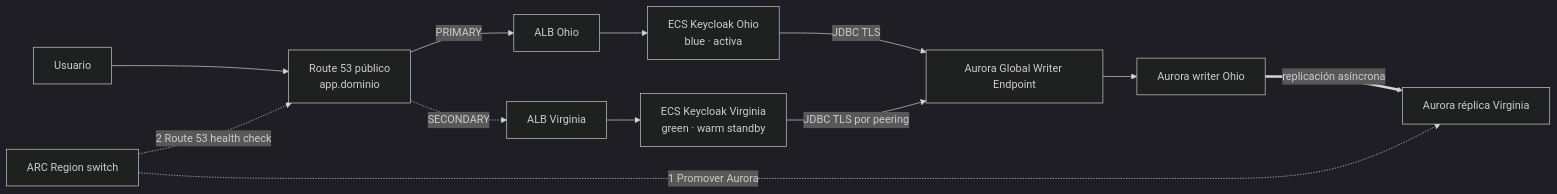
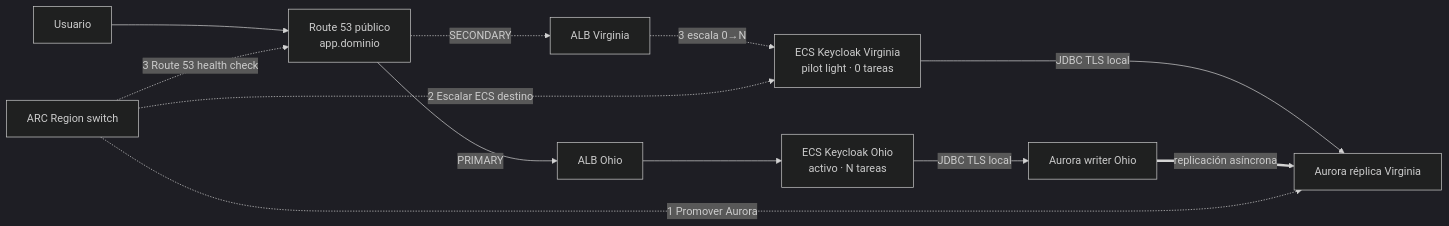
The diagram in docs/architecture.md (gocloudLa/lab-aws-dr-architecture), drawn with Mermaid (dark theme) before and after one commit. The commit also changed other lines of this file and 11 other files, not shown here.

Commit message:
feat: orchestrate pilot-light DR with Terragrunt layers

````diff
--- a/docs/architecture.md
+++ b/docs/architecture.md
@@ -5,14 +5,14 @@
 ```mermaid
 flowchart LR
   U[Usuario] --> D["Route 53 público<br/>app.dominio"]
   D -->|PRIMARY| A2[ALB Ohio]
   D -. SECONDARY .-> A1[ALB Virginia]
-  A2 --> E2["ECS Keycloak Ohio<br/>blue · activa"]
-  A1 --> E1["ECS Keycloak Virginia<br/>green · warm standby"]
-  E2 -->|JDBC TLS| G[Aurora Global Writer Endpoint]
-  E1 -->|JDBC TLS por peering| G
-  G --> W[Aurora writer Ohio]
-  W == replicación asíncrona ==> R[Aurora réplica Virginia]
+  A2 --> E2["ECS Keycloak Ohio<br/>activo · N tareas"]
+  A1 -. "3 escala 0→N" .-> E1["ECS Keycloak Virginia<br/>pilot light · 0 tareas"]
+  E2 -->|JDBC TLS local| W[Aurora writer Ohio]
+  E1 -->|JDBC TLS local| R[Aurora réplica Virginia]
+  W == replicación asíncrona ==> R
   ARC[ARC Region switch] -. "1 Promover Aurora" .-> R
-  ARC -. "2 Route 53 health check" .-> D
+  ARC -. "2 Escalar ECS destino" .-> E1
+  ARC -. "3 Route 53 health check" .-> D
 ```
````
